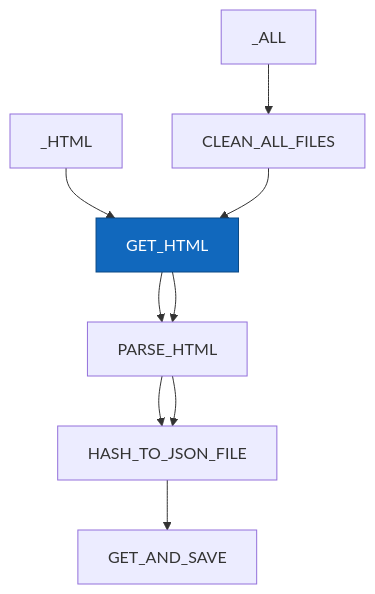
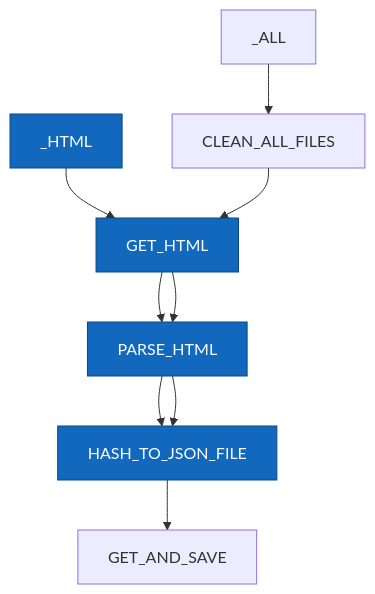
The first of 2 diagrams in docs/td.md (ykominami/bookinfor), drawn with Mermaid before and after one commit.

````diff
--- a/docs/td.md
+++ b/docs/td.md
@@ -1,7 +1,10 @@
 ```mermaid
 flowchart TD
   _HTML-->GET_HTML-->PARSE_HTML-->HASH_TO_JSON_FILE;
   _ALL-->CLEAN_ALL_FILES-->GET_HTML-->PARSE_HTML-->HASH_TO_JSON_FILE-->GET_AND_SAVE;
   classDef Active fill:#1168bd,stroke:#0b4884,color:#ffffff
+  class _HTML Active
   class GET_HTML Active
+  class PARSE_HTML Active
+  class HASH_TO_JSON_FILE Active
 ```
````
